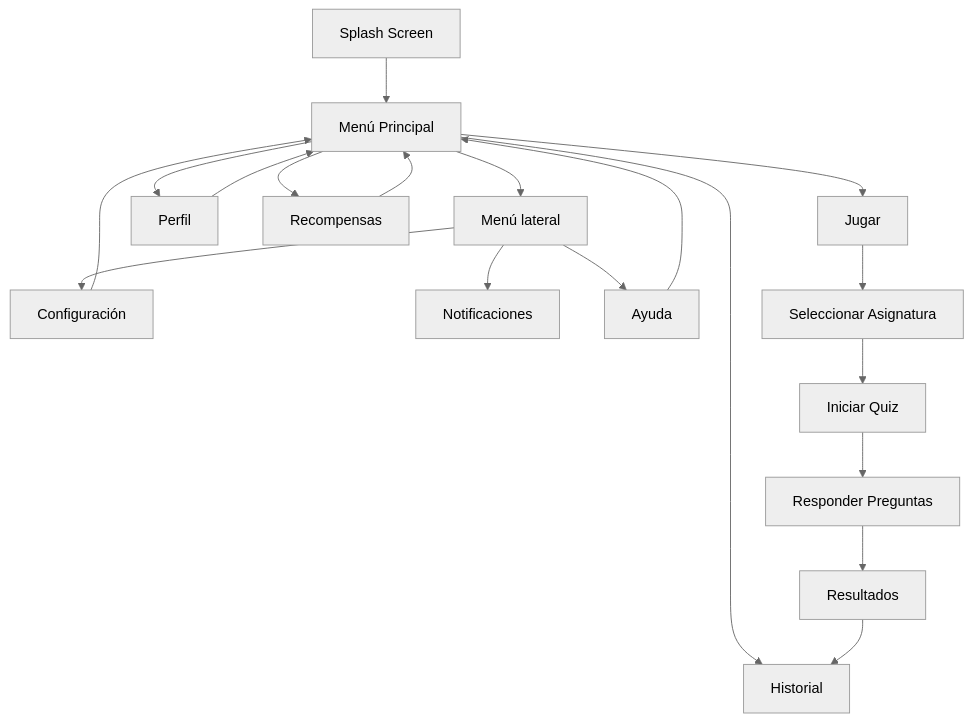
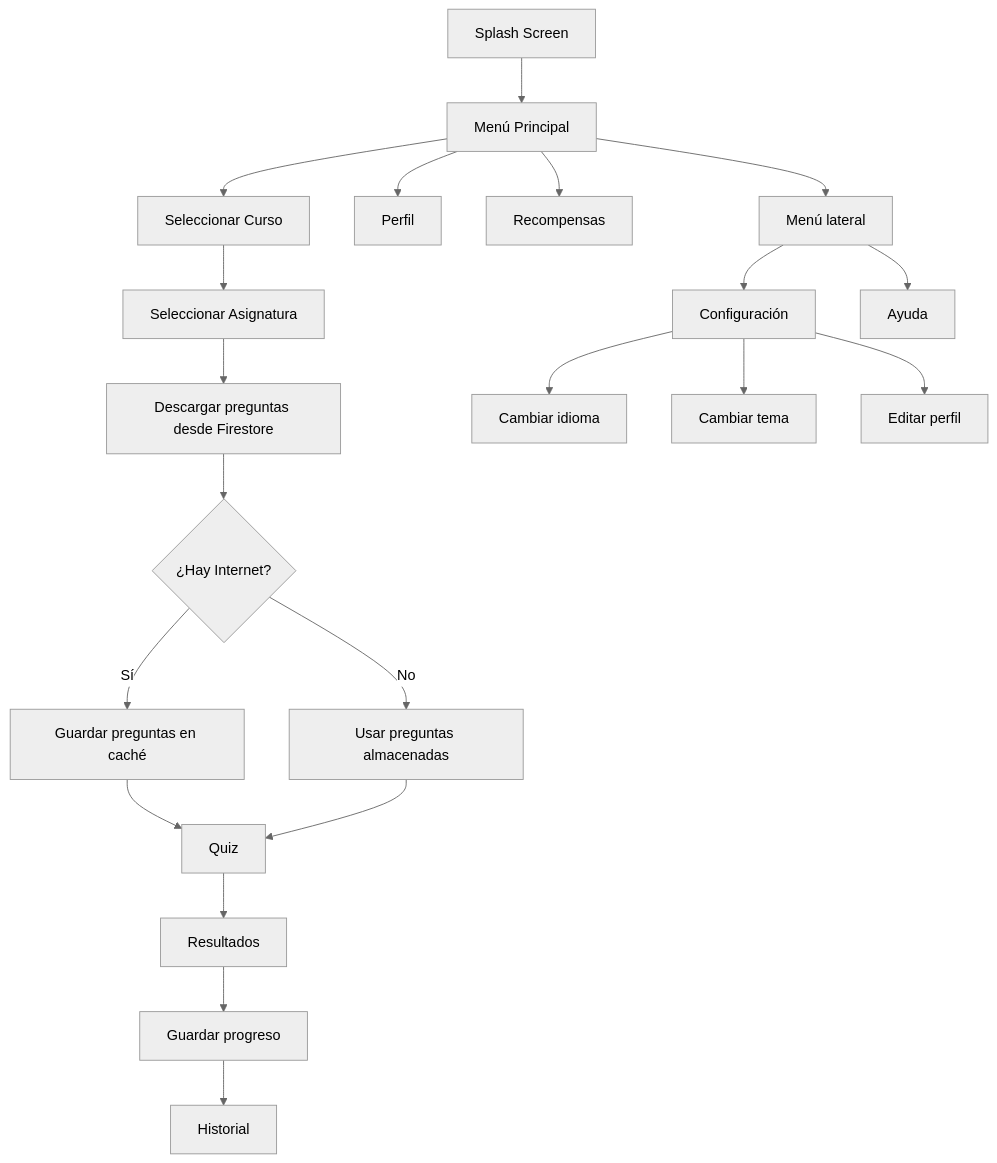
Before and after one commit to RenaLG5/StudyPlay: the diagram in README.md, drawn with Mermaid (neutral theme). The commit also changed other lines of this file, not shown here.

````diff
--- a/README.md
+++ b/README.md
@@ -245,27 +336,45 @@
 ```mermaid
 flowchart TD
 
+A[Splash Screen]
 
-    A[Splash Screen] --> B[Menú Principal]
+A --> B[Menú Principal]
 
-    B --> C[Jugar]
-    B --> H[Historial]
-    B --> P[Perfil]
-    B --> R[Recompensas]
-    B --> D[Menú lateral]
+B --> C[Seleccionar Curso]
 
-    D --> S[Configuración]
-    D --> N[Notificaciones]
-    D --> AY[Ayuda]
+C --> D[Seleccionar Asignatura]
 
-    C --> E[Seleccionar Asignatura]
-    E --> F[Iniciar Quiz]
-    F --> G[Responder Preguntas]
-    G --> I[Resultados]
-    I --> H
+D --> E[Descargar preguntas desde Firestore]
 
-    R --> B
-    P --> B
-    S --> B
-    AY --> B
+E --> F{¿Hay Internet?}
+
+F -->|Sí| G[Guardar preguntas en caché]
+
+F -->|No| H[Usar preguntas almacenadas]
+
+G --> I[Quiz]
+
+H --> I
+
+I --> J[Resultados]
+
+J --> K[Guardar progreso]
+
+K --> L[Historial]
+
+B --> M[Perfil]
+
+B --> N[Recompensas]
+
+B --> O[Menú lateral]
+
+O --> P[Configuración]
+
+O --> Q[Ayuda]
+
+P --> R[Cambiar idioma]
+
+P --> S[Cambiar tema]
+
+P --> T[Editar perfil]
 ```
````
